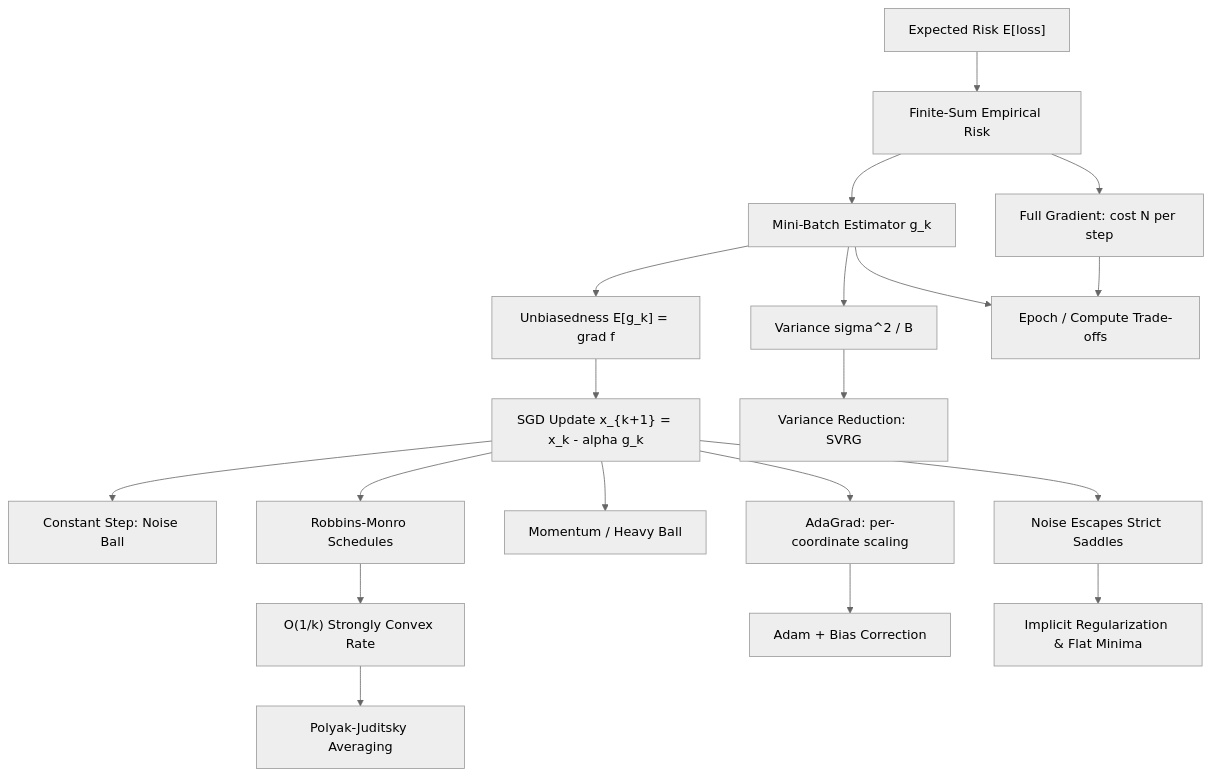
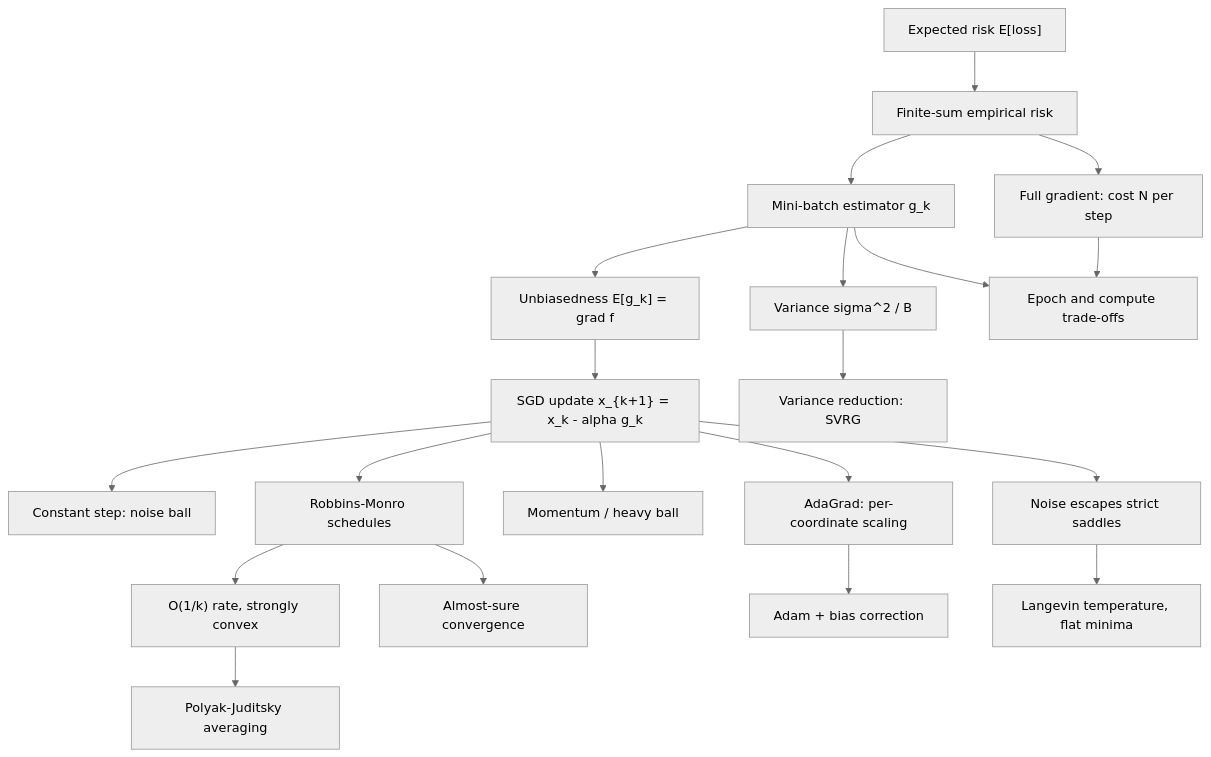
One commit to hien078/applied-mathematics-foundation changed the diagram in optimization/08_stochastic_optimization_for_ml/README.md. Above: the diagram before and after it, drawn with Mermaid (neutral theme). The commit also changed other lines of this file and 150 other files, not shown here.

````diff
--- a/optimization/08_stochastic_optimization_for_ml/README.md
+++ b/optimization/08_stochastic_optimization_for_ml/README.md
@@ -28,21 +57,22 @@
 ```mermaid
 graph TD
-    A["Expected Risk E[loss]"] --> B["Finite-Sum Empirical Risk"]
-    B --> C["Full Gradient: cost N per step"]
-    B --> D["Mini-Batch Estimator g_k"]
+    A["Expected risk E[loss]"] --> B["Finite-sum empirical risk"]
+    B --> C["Full gradient: cost N per step"]
+    B --> D["Mini-batch estimator g_k"]
     D --> E["Unbiasedness E[g_k] = grad f"]
     D --> F["Variance sigma^2 / B"]
-    E --> G["SGD Update x_{k+1} = x_k - alpha g_k"]
-    G --> H["Constant Step: Noise Ball"]
-    G --> I["Robbins-Monro Schedules"]
-    I --> J["O(1/k) Strongly Convex Rate"]
-    J --> K["Polyak-Juditsky Averaging"]
-    F --> L["Variance Reduction: SVRG"]
-    G --> M["Momentum / Heavy Ball"]
+    E --> G["SGD update x_{k+1} = x_k - alpha g_k"]
+    G --> H["Constant step: noise ball"]
+    G --> I["Robbins-Monro schedules"]
+    I --> J["O(1/k) rate, strongly convex"]
+    I --> S["Almost-sure convergence"]
+    J --> K["Polyak-Juditsky averaging"]
+    F --> L["Variance reduction: SVRG"]
+    G --> M["Momentum / heavy ball"]
     G --> N["AdaGrad: per-coordinate scaling"]
-    N --> O["Adam + Bias Correction"]
-    C --> R["Epoch / Compute Trade-offs"]
+    N --> O["Adam + bias correction"]
+    C --> R["Epoch and compute trade-offs"]
     D --> R
-    G --> P["Noise Escapes Strict Saddles"]
-    P --> Q["Implicit Regularization & Flat Minima"]
+    G --> P["Noise escapes strict saddles"]
+    P --> Q["Langevin temperature, flat minima"]
 ```
````
